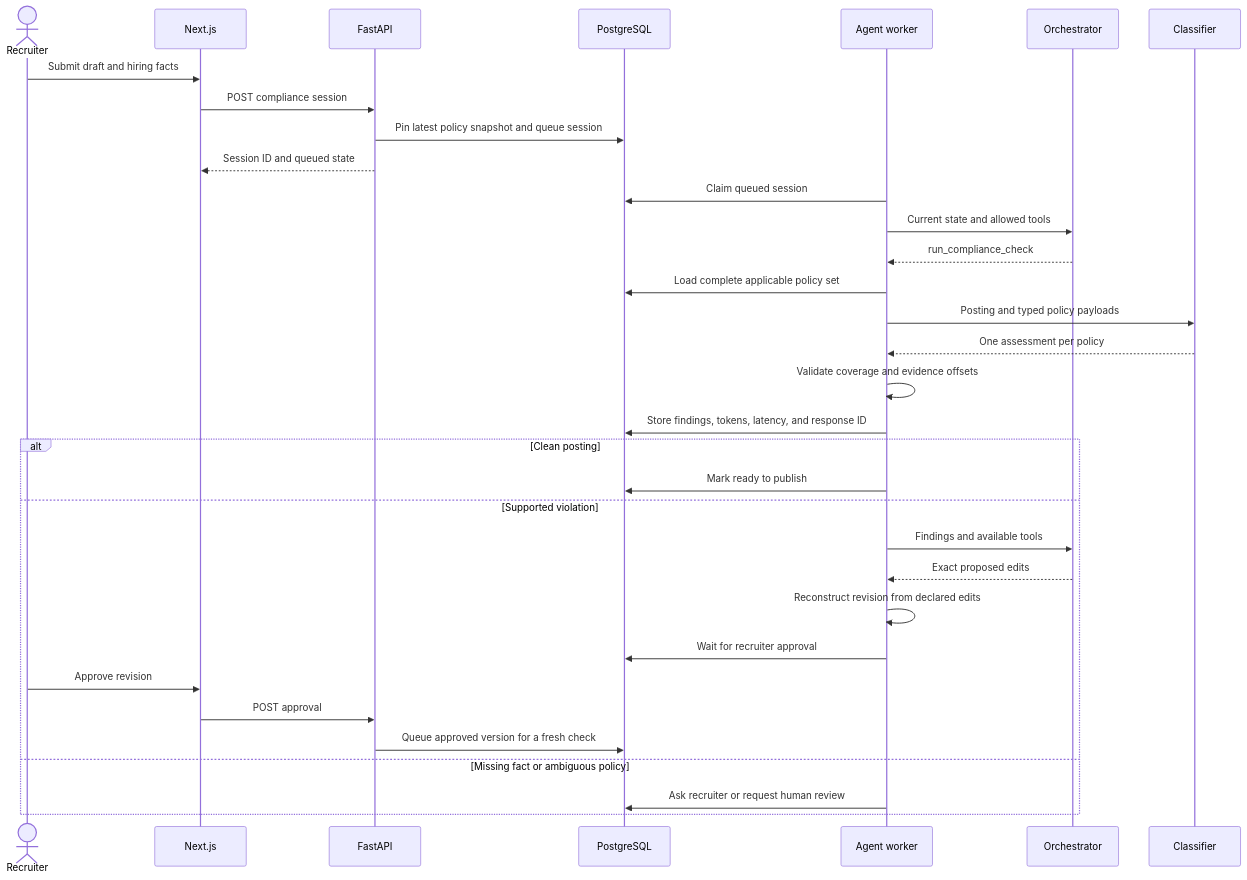
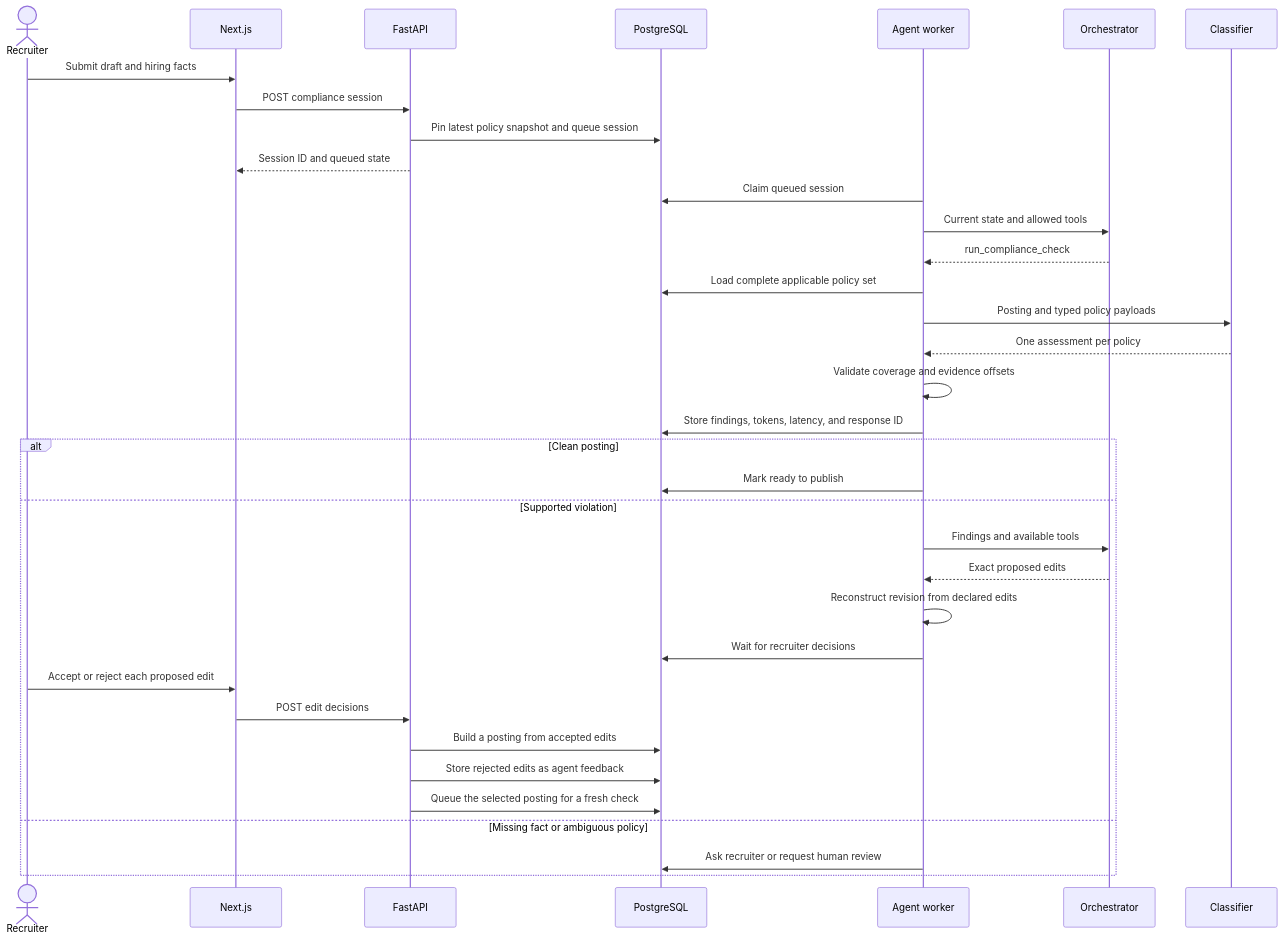
Before and after one commit to Ee-Hsin/policyKit: the second of 2 diagrams in docs/architecture.md, drawn with Mermaid. The commit also changed other lines of this file and 25 other files, not shown here.

````diff
--- a/docs/architecture.md
+++ b/docs/architecture.md
@@ -52,36 +54,38 @@
 ```mermaid
 sequenceDiagram
     actor R as Recruiter
     participant W as Next.js
     participant A as FastAPI
     participant P as PostgreSQL
     participant K as Agent worker
     participant O as Orchestrator
     participant C as Classifier
 
     R->>W: Submit draft and hiring facts
     W->>A: POST compliance session
     A->>P: Pin latest policy snapshot and queue session
     A-->>W: Session ID and queued state
     K->>P: Claim queued session
     K->>O: Current state and allowed tools
     O-->>K: run_compliance_check
     K->>P: Load complete applicable policy set
     K->>C: Posting and typed policy payloads
     C-->>K: One assessment per policy
     K->>K: Validate coverage and evidence offsets
     K->>P: Store findings, tokens, latency, and response ID
     alt Clean posting
         K->>P: Mark ready to publish
     else Supported violation
         K->>O: Findings and available tools
         O-->>K: Exact proposed edits
         K->>K: Reconstruct revision from declared edits
-        K->>P: Wait for recruiter approval
-        R->>W: Approve revision
-        W->>A: POST approval
-        A->>P: Queue approved version for a fresh check
+        K->>P: Wait for recruiter decisions
+        R->>W: Accept or reject each proposed edit
+        W->>A: POST edit decisions
+        A->>P: Build a posting from accepted edits
+        A->>P: Store rejected edits as agent feedback
+        A->>P: Queue the selected posting for a fresh check
     else Missing fact or ambiguous policy
         K->>P: Ask recruiter or request human review
     end
 ```
````
